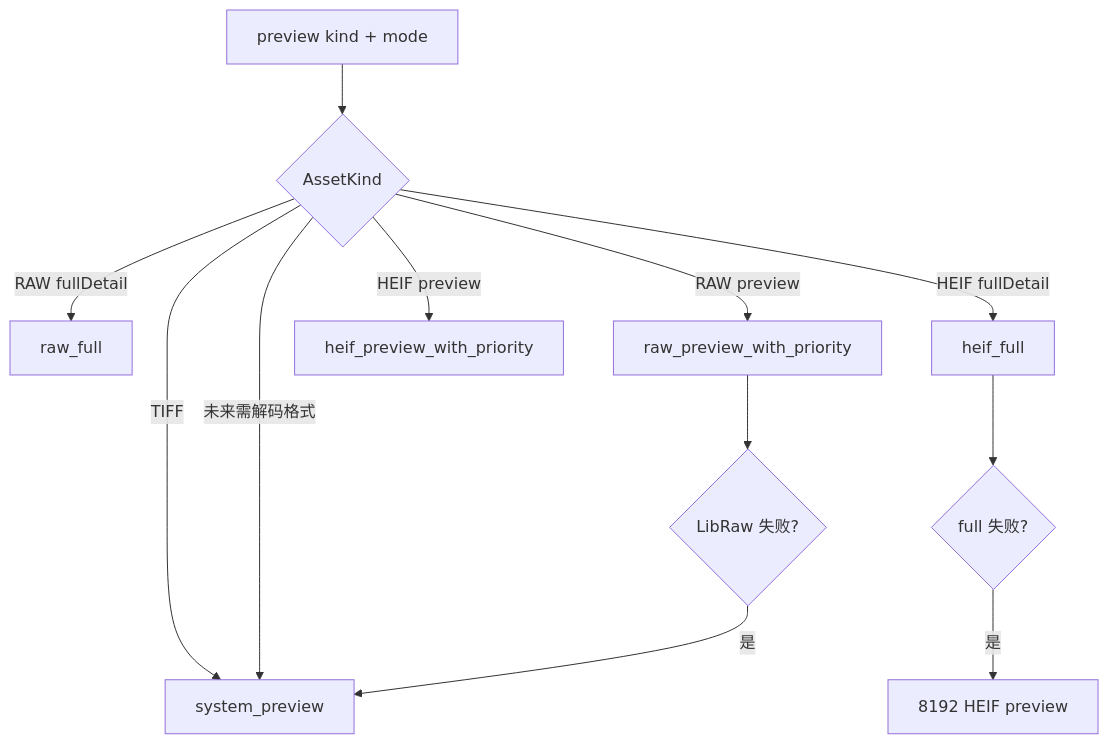
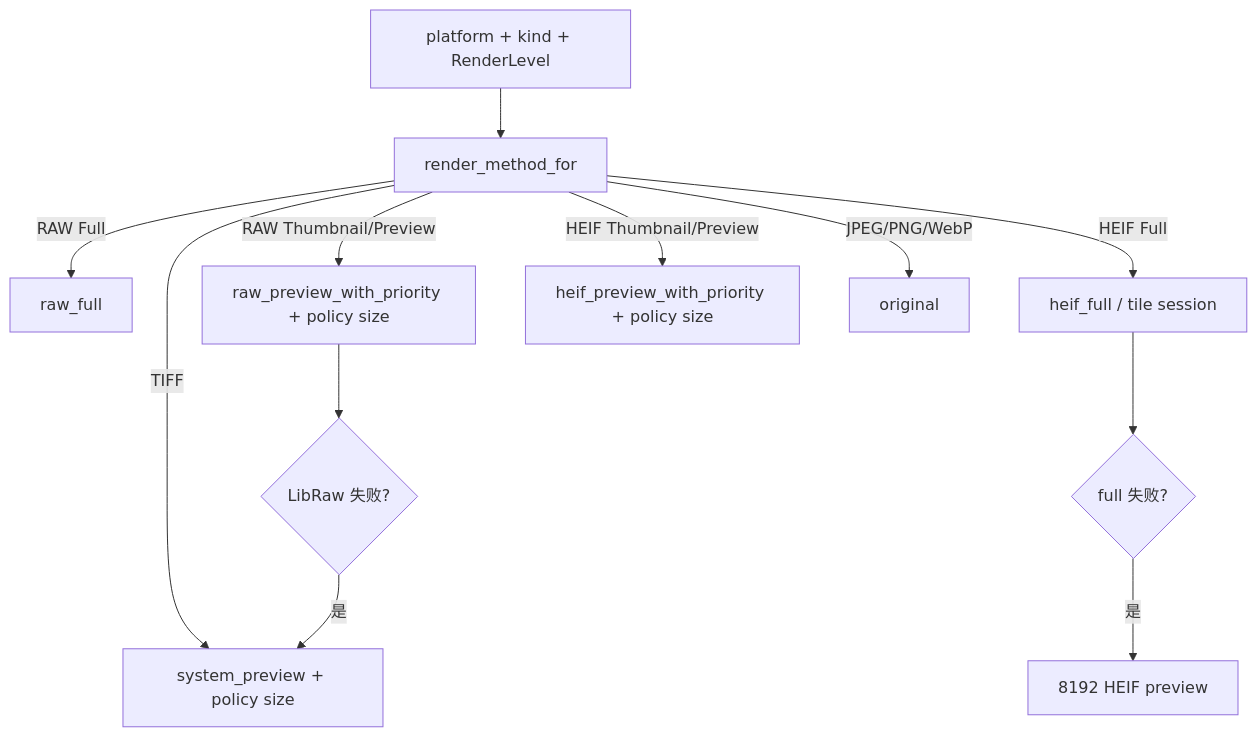
The third of 3 diagrams in docs/architecture/03-preview-pipeline.md (oxygenkun/oxyviewer), drawn with Mermaid before and after one commit. The commit also changed other lines of this file and 23 other files, not shown here.

Commit message:
refactor: decouple render levels from preview sizes

````diff
--- a/docs/architecture/03-preview-pipeline.md
+++ b/docs/architecture/03-preview-pipeline.md
@@ -145,14 +148,14 @@
 ```mermaid
 flowchart TD
-    request["preview kind + mode"] --> kind{AssetKind}
-    kind -->|RAW fullDetail| rawFull["raw_full"]
-    kind -->|RAW preview| rawPreview["raw_preview_with_priority"]
-    kind -->|HEIF fullDetail| heifFull["heif_full"]
-    kind -->|HEIF preview| heifPreview["heif_preview_with_priority"]
-    kind -->|TIFF| systemPreview["system_preview"]
-    kind -->|未来需解码格式| systemPreview
+    request["platform + kind + RenderLevel"] --> policy["render_method_for"]
+    policy -->|RAW Full| rawFull["raw_full"]
+    policy -->|RAW Thumbnail/Preview| rawPreview["raw_preview_with_priority + policy size"]
+    policy -->|HEIF Full| heifFull["heif_full / tile session"]
+    policy -->|HEIF Thumbnail/Preview| heifPreview["heif_preview_with_priority + policy size"]
+    policy -->|TIFF| systemPreview["system_preview + policy size"]
+    policy -->|JPEG/PNG/WebP| original["original"]
     rawPreview --> rawFallback{LibRaw 失败?}
     rawFallback -->|是| systemPreview
     heifFull --> heifFallback{full 失败?}
     heifFallback -->|是| heif8192["8192 HEIF preview"]
 ```
````
